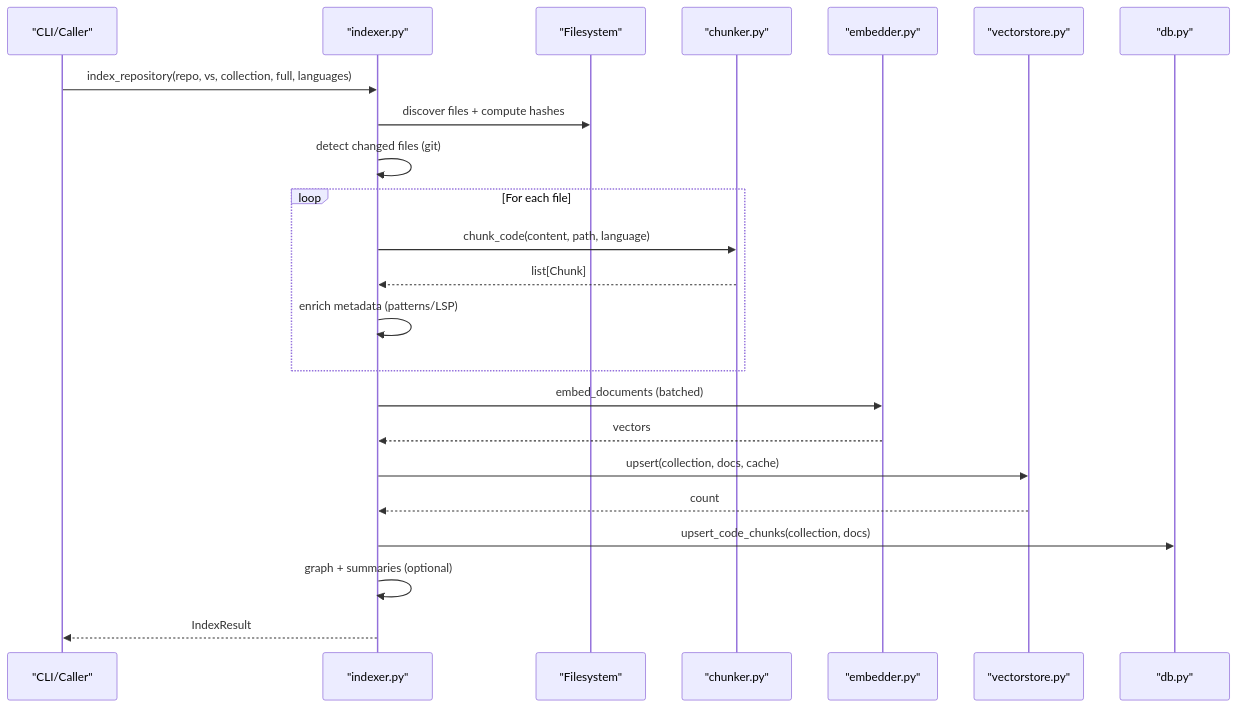
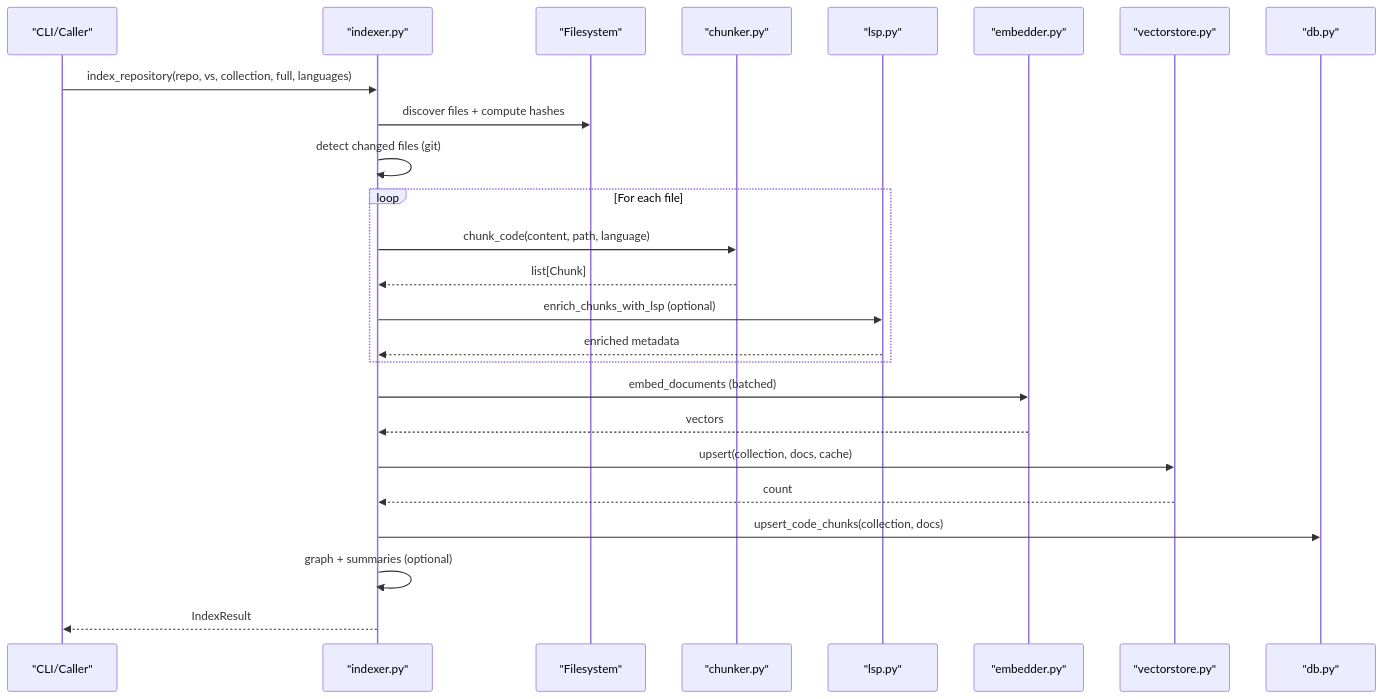
The second of 10 diagrams in docs/wiki/Indexing System/Indexing System.md (NcitDev/ragsystem), drawn with Mermaid before and after one commit. The commit also changed other lines of this file and 27 other files, not shown here.

````diff
--- a/docs/wiki/Indexing System/Indexing System.md
+++ b/docs/wiki/Indexing System/Indexing System.md
@@ -140,25 +157,27 @@
 ```mermaid
 sequenceDiagram
 participant CLI as "CLI/Caller"
 participant IDX as "indexer.py"
 participant FS as "Filesystem"
-participant CK as "chunker.py"
+participant CHUNK as "chunker.py"
+participant LSP as "lsp.py"
 participant EMB as "embedder.py"
 participant VS as "vectorstore.py"
 participant DB as "db.py"
 CLI->>IDX : index_repository(repo, vs, collection, full, languages)
 IDX->>FS : discover files + compute hashes
 IDX->>IDX : detect changed files (git)
 loop For each file
-IDX->>CK : chunk_code(content, path, language)
-CK-->>IDX : list[Chunk]
-IDX->>IDX : enrich metadata (patterns/LSP)
+IDX->>CHUNK : chunk_code(content, path, language)
+CHUNK-->>IDX : list[Chunk]
+IDX->>LSP : enrich_chunks_with_lsp (optional)
+LSP-->>IDX : enriched metadata
 end
 IDX->>EMB : embed_documents (batched)
 EMB-->>IDX : vectors
 IDX->>VS : upsert(collection, docs, cache)
 VS-->>IDX : count
 IDX->>DB : upsert_code_chunks(collection, docs)
 IDX->>IDX : graph + summaries (optional)
 IDX-->>CLI : IndexResult
 ```
````
